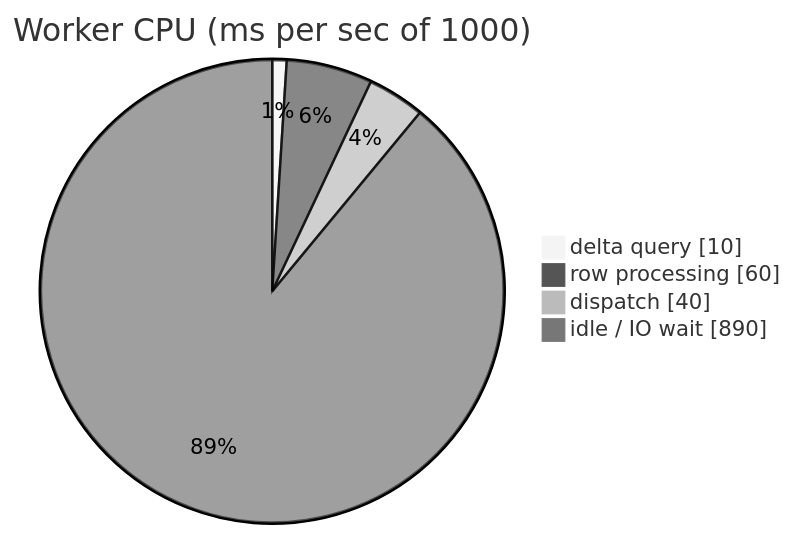
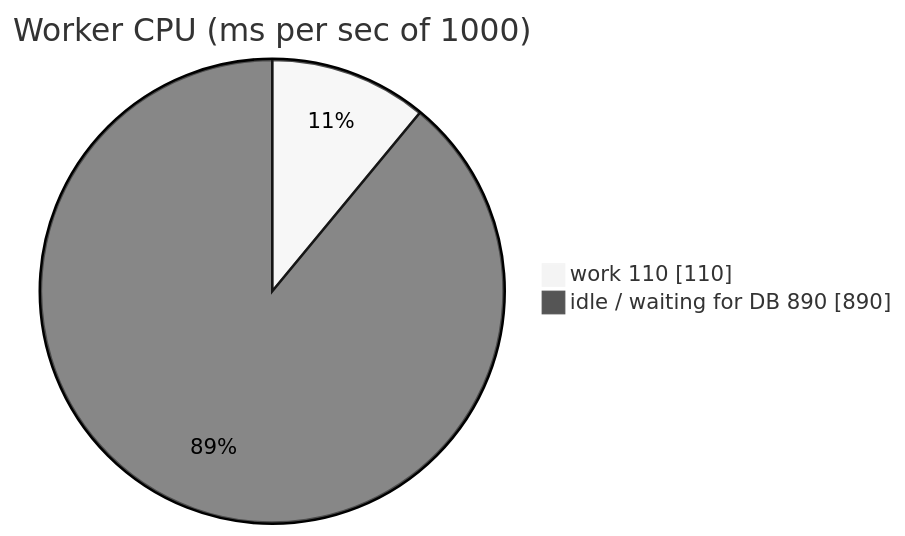
The third of 7 diagrams in docs/worked-examples.md (aq35/sample_manual), drawn with Mermaid (neutral theme) before and after one commit. The commit also changed other lines of this file, not shown here.

````diff
--- a/docs/worked-examples.md
+++ b/docs/worked-examples.md
@@ -74,8 +82,6 @@
 ```mermaid
 pie showData
   title Worker CPU (ms per sec of 1000)
-  "delta query" : 10
-  "row processing" : 60
-  "dispatch" : 40
-  "idle / IO wait" : 890
+  "work 110" : 110
+  "idle / waiting for DB 890" : 890
 ```
````
